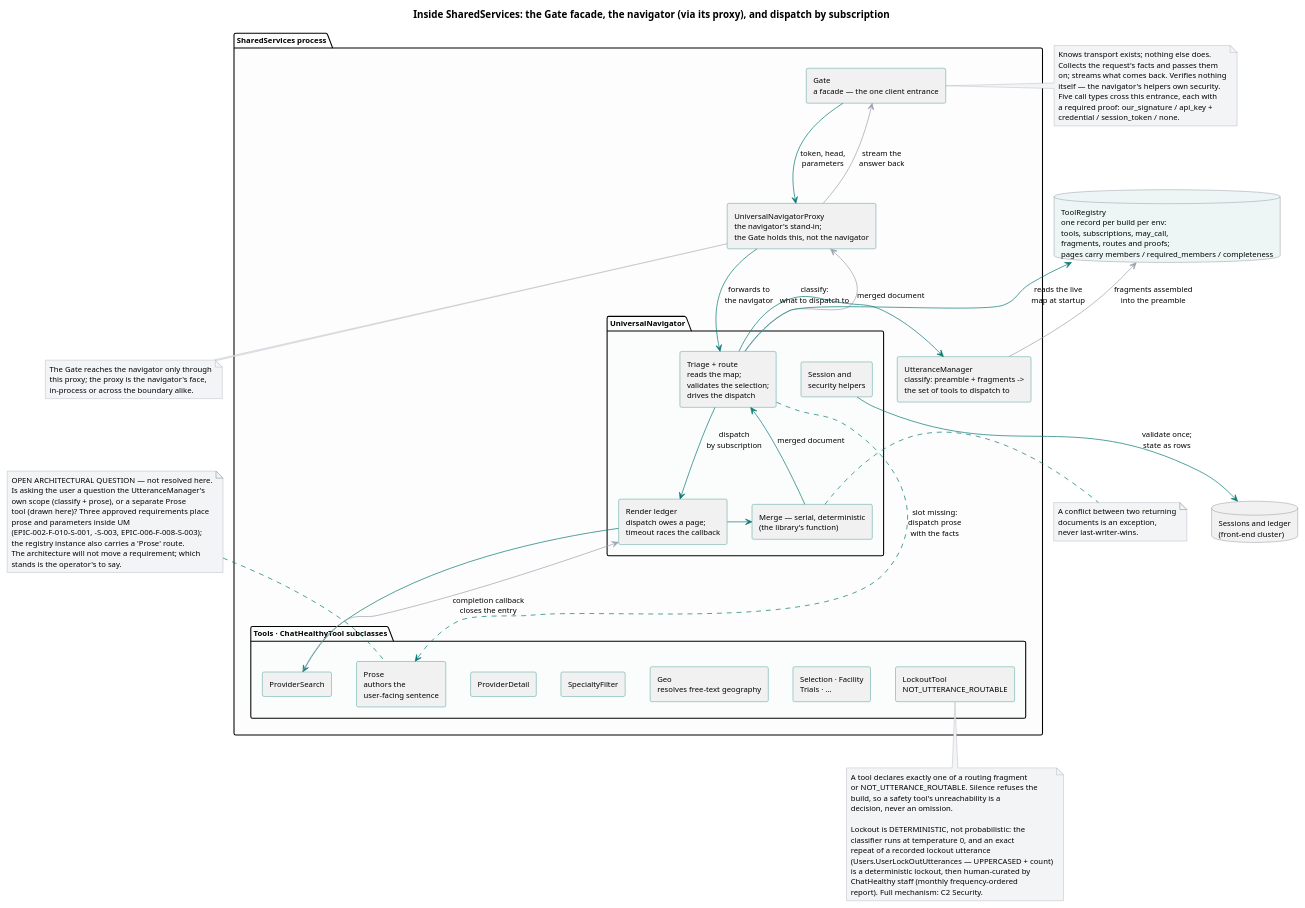
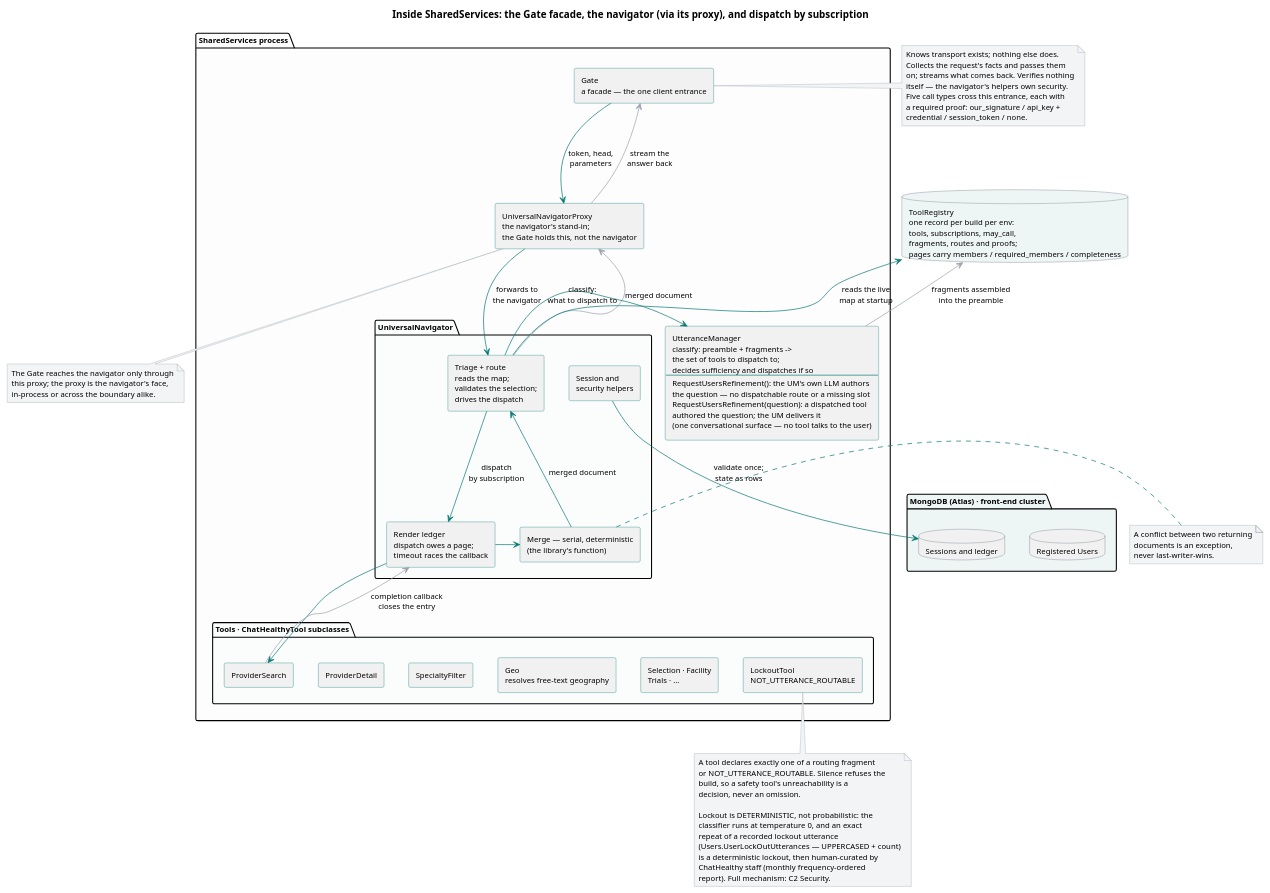
Before and after one commit to SkipSnow/ChatHealthyRepo: the diagram in brain/machine_artifacts/diagramsAndImages/sources/ss_internal_components.puml, drawn with PlantUML. The commit also changed 101 other files, not shown here.

```diff
--- a/brain/machine_artifacts/diagramsAndImages/sources/ss_internal_components.puml
+++ b/brain/machine_artifacts/diagramsAndImages/sources/ss_internal_components.puml
@@ -1,116 +1,105 @@
 @startuml
 title Inside SharedServices: the Gate facade, the navigator (via its proxy), and dispatch by subscription
 
 skinparam componentStyle rectangle
 skinparam shadowing false
 skinparam defaultFontName Segoe UI
 skinparam defaultFontSize 11
 skinparam ArrowColor #0b7a75
 skinparam ComponentBorderColor #0b7a75
 skinparam DatabaseBorderColor #6b7280
 skinparam NoteBackgroundColor #f3f4f6
 skinparam NoteBorderColor #9ca3af
 
 package "SharedServices process" #fdfdfd {
 
   [Gate\na facade — the one client entrance] as GATE
 
   [UniversalNavigatorProxy\nthe navigator's stand-in;\nthe Gate holds this, not the navigator] as PROXY
 
   package "UniversalNavigator" #fbfdfd {
     [Triage + route\nreads the map;\nvalidates the selection;\ndrives the dispatch] as ROUTE
     [Render ledger\ndispatch owes a page;\ntimeout races the callback] as LEDGER
     [Merge — serial, deterministic\n(the library's function)] as MERGE
     [Session and\nsecurity helpers] as SEC
   }
 
-  [UtteranceManager\nclassify: preamble + fragments ->\nthe set of tools to dispatch to] as UM
+  [UtteranceManager\nclassify: preamble + fragments ->\nthe set of tools to dispatch to;\ndecides sufficiency and dispatches if so\n----\nRequestUsersRefinement(): the UM's own LLM authors\nthe question — no dispatchable route or a missing slot\nRequestUsersRefinement(question): a dispatched tool\nauthored the question; the UM delivers it\n(one conversational surface — no tool talks to the user)] as UM
 
   package "Tools · ChatHealthyTool subclasses" #fbfdfd {
     [ProviderSearch] as T1
     [ProviderDetail] as T2
     [SpecialtyFilter] as T3
     [Geo\nresolves free-text geography] as T5
     [Selection · Facility\nTrials · ...] as T4
-    [Prose\nauthors the\nuser-facing sentence] as TP
     [LockoutTool\nNOT_UTTERANCE_ROUTABLE] as TL
   }
 }
 
 database "ToolRegistry\none record per build per env:\ntools, subscriptions, may_call,\nfragments, routes and proofs;\npages carry members / required_members / completeness" as REG #eef6f5
-database "Sessions and ledger\n(front-end cluster)" as SESS
+package "MongoDB (Atlas) · front-end cluster" #eef6f5 {
+  database "Sessions and ledger" as SESS
+  database "Registered Users" as USERS
+}
 
 GATE -down-> PROXY : token, head,\nparameters
 PROXY -down-> ROUTE : forwards to\nthe navigator
 ROUTE -[#9ca3af]up-> PROXY : merged document
 PROXY -[#9ca3af]up-> GATE : stream the\nanswer back
 ROUTE -right-> UM : classify:\nwhat to dispatch to
 
 REG <-- ROUTE : reads the live\nmap at startup
 REG <-[#9ca3af]- UM : fragments assembled\ninto the preamble
 
 ROUTE -down-> LEDGER : dispatch\nby subscription
 LEDGER -right-> MERGE
 MERGE -up-> ROUTE : merged document
 SEC -down-> SESS : validate once;\nstate as rows
+SESS -[hidden]right- USERS
 
 LEDGER -down-> T1
 T1 -[#9ca3af]up-> LEDGER : completion callback\ncloses the entry
-ROUTE .down.> TP : slot missing:\ndispatch prose\nwith the facts
 
 T1 -[hidden]right- T2
 T2 -[hidden]right- T3
 T3 -[hidden]right- T5
 T5 -[hidden]right- T4
-T4 -[hidden]right- TP
-TP -[hidden]right- TL
+T4 -[hidden]right- TL
 
 note left of GATE
   Knows transport exists; nothing else does.
   Collects the request's facts and passes them
   on; streams what comes back. Verifies nothing
   itself — the navigator's helpers own security.
   Five call types cross this entrance, each with
   a required proof: our_signature / api_key +
   credential / session_token / none.
 end note
 
 note bottom of PROXY
   The Gate reaches the navigator only through
   this proxy; the proxy is the navigator's face,
   in-process or across the boundary alike.
-end note
-
-note top of TP
-  OPEN ARCHITECTURAL QUESTION — not resolved here.
-  Is asking the user a question the UtteranceManager's
-  own scope (classify + prose), or a separate Prose
-  tool (drawn here)? Three approved requirements place
-  prose and parameters inside UM
-  (EPIC-002-F-010-S-001, -S-003, EPIC-006-F-008-S-003);
-  the registry instance also carries a 'Prose' route.
-  The architecture will not move a requirement; which
-  stands is the operator's to say.
 end note
 
 note bottom of TL
   A tool declares exactly one of a routing fragment
   or NOT_UTTERANCE_ROUTABLE. Silence refuses the
   build, so a safety tool's unreachability is a
   decision, never an omission.
 
   Lockout is DETERMINISTIC, not probabilistic: the
   classifier runs at temperature 0, and an exact
   repeat of a recorded lockout utterance
   (Users.UserLockOutUtterances — UPPERCASED + count)
   is a deterministic lockout, then human-curated by
   ChatHealthy staff (monthly frequency-ordered
   report). Full mechanism: C2 Security.
 end note
 
 note right of MERGE
   A conflict between two returning
   documents is an exception,
   never last-writer-wins.
 end note
 @enduml
```
